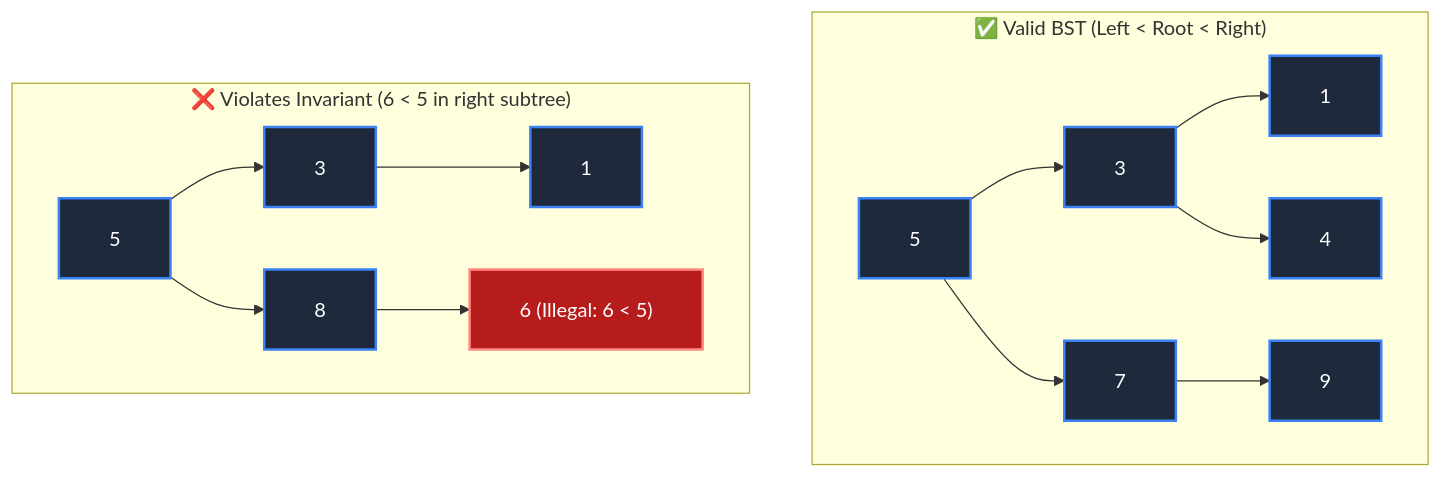
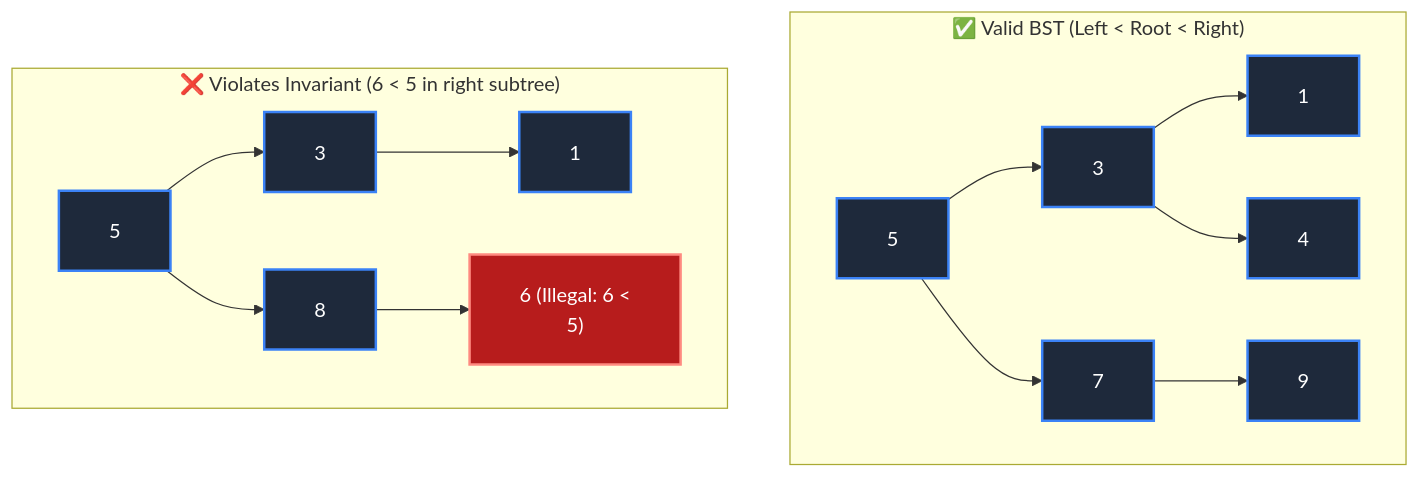
Before and after one commit to dip4k/DSA_102: the fifth of 25 diagrams in week_07_trees_and_balanced_search_trees/Week_07_Visual_Concepts_Playbook_HYBRID.md, drawn with Mermaid. The commit also changed other lines of this file and 106 other files, not shown here.

First line of the commit message:
fix(mermaid): prevent text clipping with foreignObject overflow and tighter line wrapping

````diff
--- a/week_07_trees_and_balanced_search_trees/Week_07_Visual_Concepts_Playbook_HYBRID.md
+++ b/week_07_trees_and_balanced_search_trees/Week_07_Visual_Concepts_Playbook_HYBRID.md
@@ -202,21 +202,21 @@
 ```mermaid
-%%{init: {"flowchart": {"htmlLabels": true, "padding": 20}}}%%
+%%{init: {"flowchart": {"htmlLabels": true, "padding": 20}, "themeCSS": "foreignObject { overflow: visible !important; }"}}%%
 flowchart TD
     subgraph ValidBST["✅ Valid BST (Left &lt; Root &lt; Right)"]
         V5["5"] --> V3["3"]
         V5 --> V7["7"]
         V3 --> V1["1"]
         V3 --> V4["4"]
         V7 --> V9["9"]
     end
 
     subgraph InvalidBST["❌ Violates Invariant (6 &lt; 5 in right subtree)"]
         I5["5"] --> I3["3"]
         I5 --> I8["8"]
         I3 --> I1["1"]
-        I8 --> I6["6 (Illegal: 6 &lt; 5)"]:::errorNode
+        I8 --> I6["6 (Illegal: 6 &lt;<br/>5)"]:::errorNode
     end
 
     classDef default fill:#1e293b,stroke:#3b82f6,stroke-width:2px,color:#ffffff
     classDef errorNode fill:#b71c1c,stroke:#ff8a80,stroke-width:2px,color:#ffffff
 ```
````
